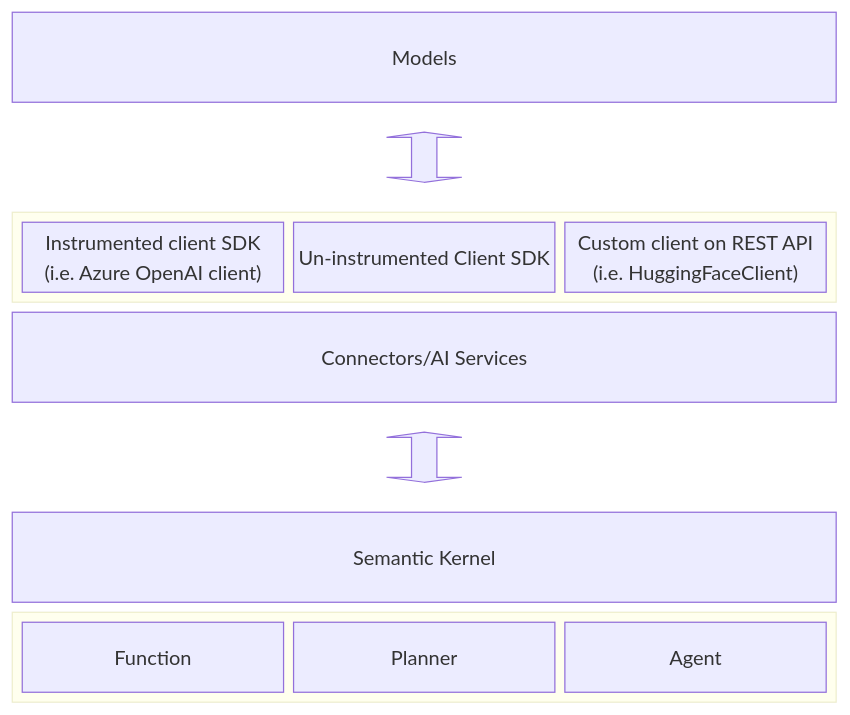
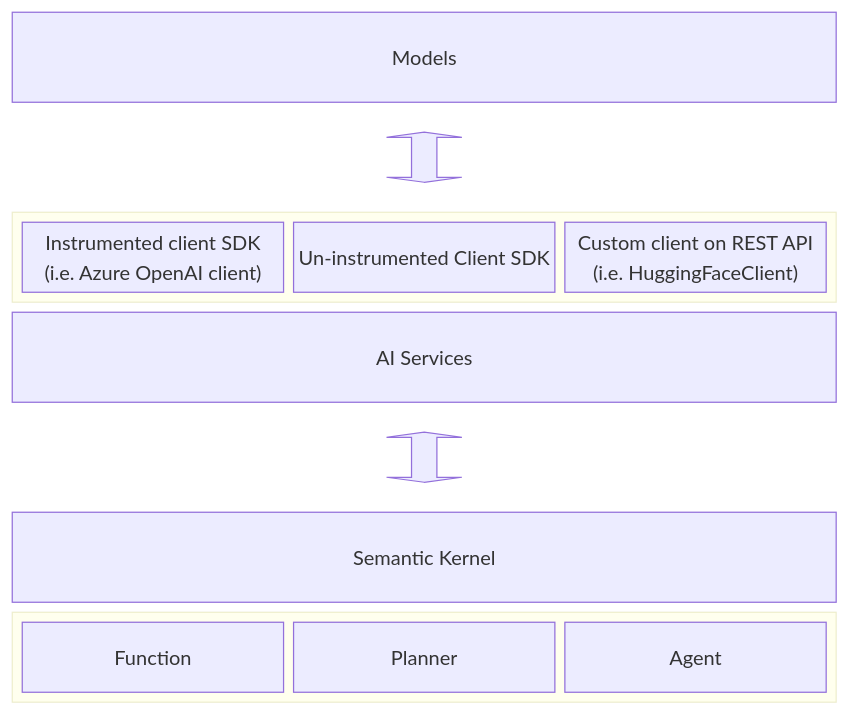
The diagram in docs/decisions/0040-OTel-semantic-convention.md (microsoft/semantic-kernel), drawn with Mermaid before and after one commit. The commit also changed other lines of this file, not shown here.

````diff
--- a/docs/decisions/0040-OTel-semantic-convention.md
+++ b/docs/decisions/0040-OTel-semantic-convention.md
@@ -56,20 +56,20 @@
 ```mermaid
 block-beta
 columns 1
     Models
     blockArrowId1<["&nbsp;&nbsp;&nbsp;"]>(y)
-    block:Clients
+    block:Connectors
         columns 3
         ConnectorTypeClientA["Instrumented client SDK<br>(i.e. Azure OpenAI client)"]
         ConnectorTypeClientB["Un-instrumented Client SDK"]
         ConnectorTypeClientC["Custom client on REST API<br>(i.e. HuggingFaceClient)"]
     end
-    Connectors["Connectors/AI Services"]
+    Services["AI Services"]
     blockArrowId2<["&nbsp;&nbsp;&nbsp;"]>(y)
     SemanticKernel["Semantic Kernel"]
     block:Kernel
         Function
         Planner
         Agent
     end
 ```
````
